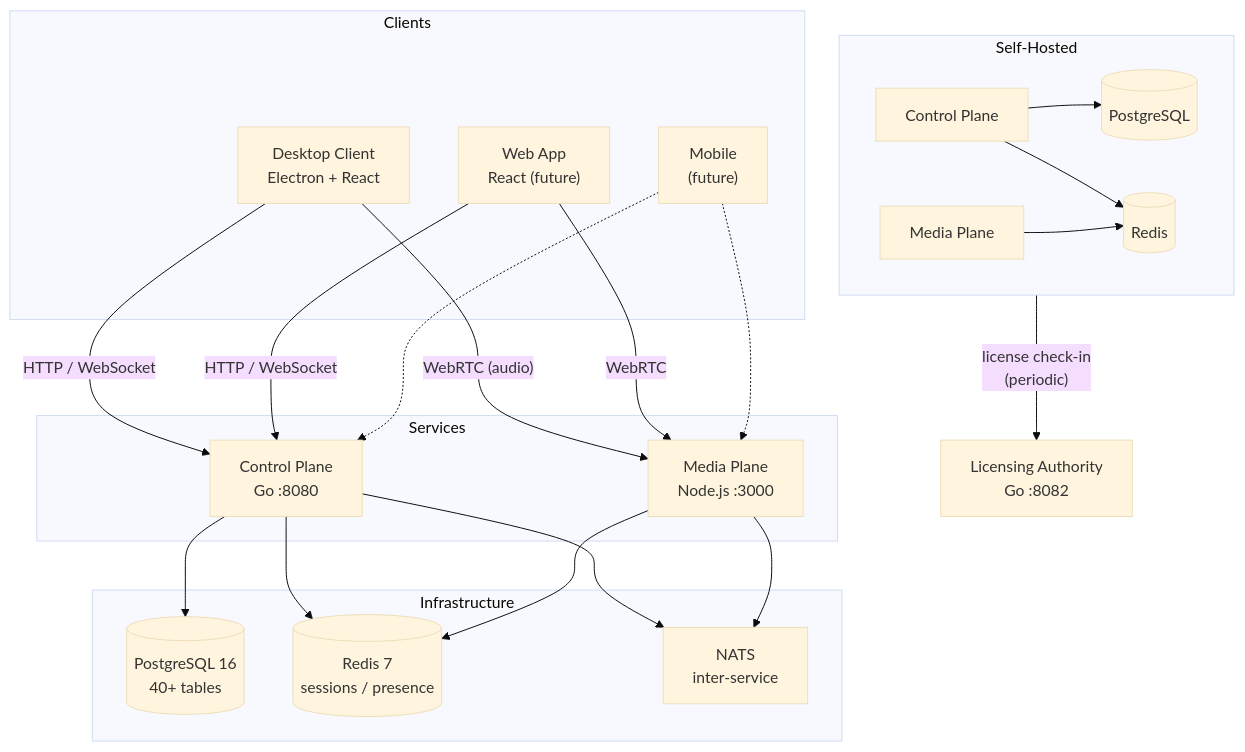
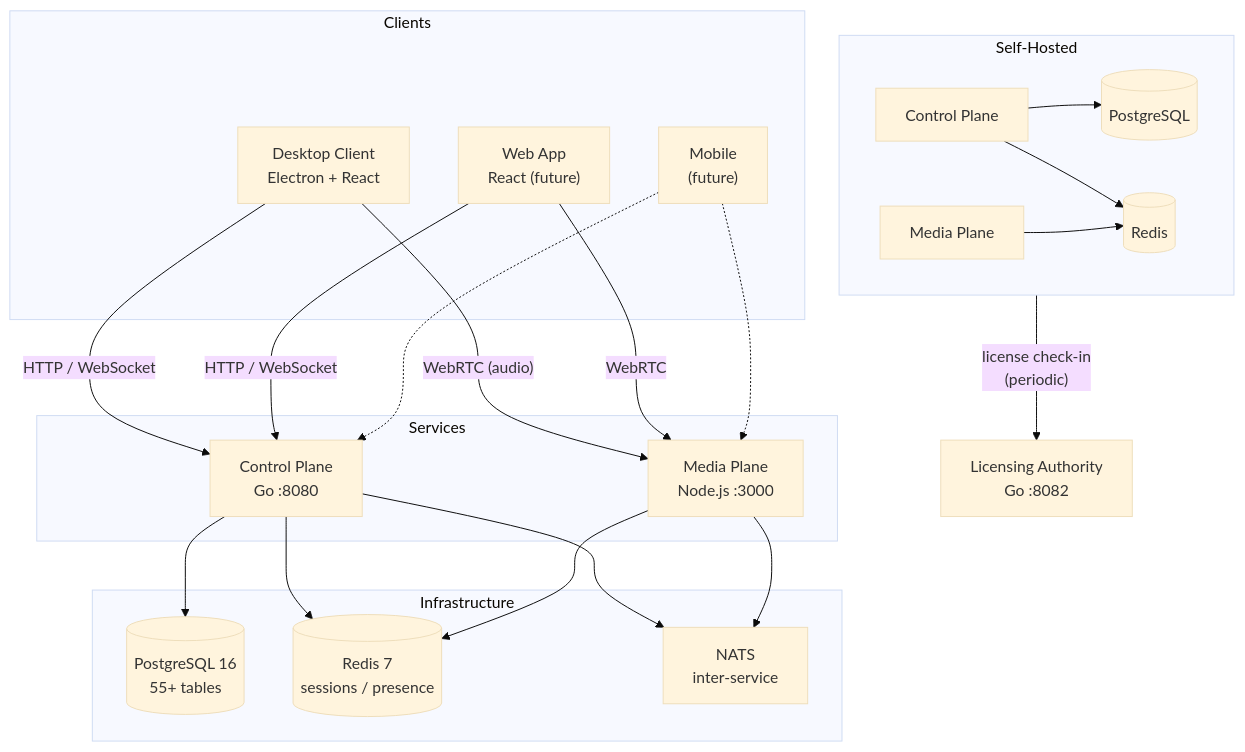
Before and after one commit to Concord-Voice/Self-Hosted: the first of 5 diagrams in docs/architecture.md, drawn with Mermaid (base theme). The commit also changed other lines of this file and 10 other files, not shown here.

````diff
--- a/docs/architecture.md
+++ b/docs/architecture.md
@@ -14,44 +96,44 @@
 ```mermaid
 flowchart TB
     subgraph Clients
         Desktop["Desktop Client<br/>Electron + React"]
         Web["Web App<br/>React (future)"]
         Mobile["Mobile<br/>(future)"]
     end
 
     subgraph Services
         CP["Control Plane<br/>Go :8080"]
         MP["Media Plane<br/>Node.js :3000"]
     end
 
     subgraph Infrastructure
-        PG[("PostgreSQL 16<br/>40+ tables")]
+        PG[("PostgreSQL 16<br/>55+ tables")]
         RD[("Redis 7<br/>sessions / presence")]
         NATS["NATS<br/>inter-service"]
     end
 
     Desktop -- "HTTP / WebSocket" --> CP
     Desktop -- "WebRTC (audio)" --> MP
     Web -- "HTTP / WebSocket" --> CP
     Web -- "WebRTC" --> MP
     Mobile -.-> CP
     Mobile -.-> MP
 
     CP --> PG
     CP --> RD
     CP --> NATS
     MP --> RD
     MP --> NATS
 
     subgraph Self-Hosted
         SH_CP["Control Plane"]
         SH_MP["Media Plane"]
         SH_PG[("PostgreSQL")]
         SH_RD[("Redis")]
         SH_CP --> SH_PG
         SH_CP --> SH_RD
         SH_MP --> SH_RD
     end
 
     Self-Hosted -- "license check-in<br/>(periodic)" --> LA["Licensing Authority<br/>Go :8082"]
 ```
````
